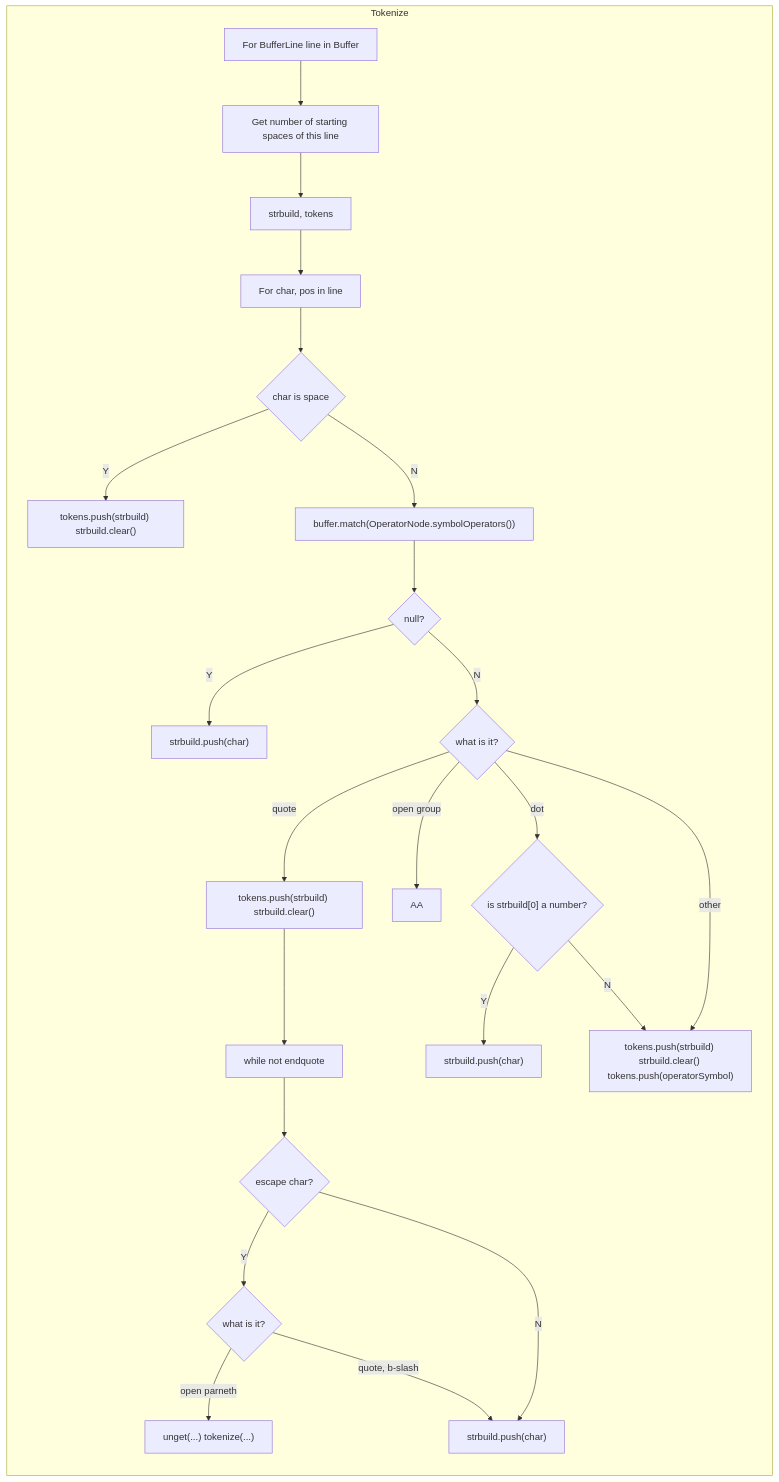
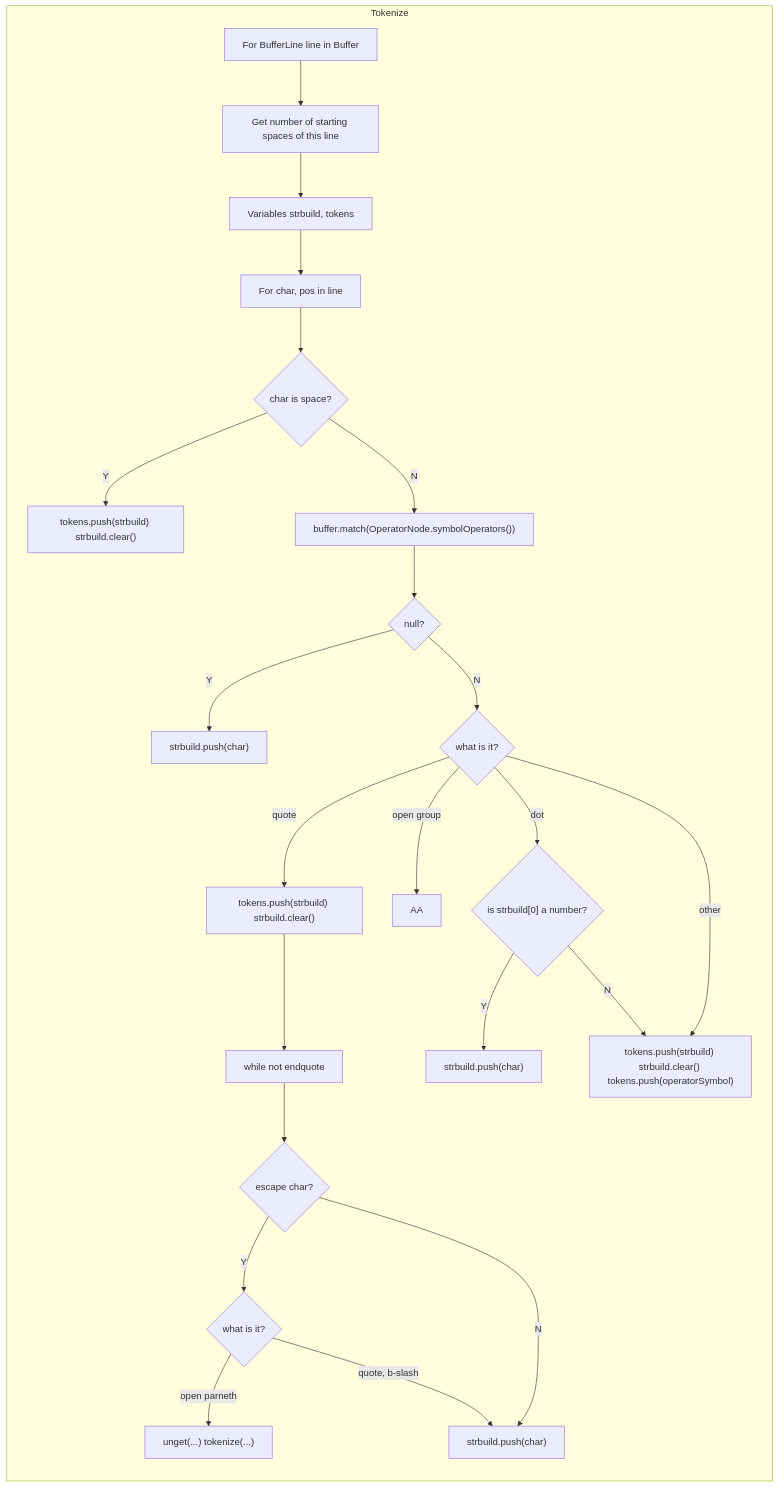
Before and after one commit to Jzhyang1/Monomer: the eighth of 8 diagrams in Implementation.md, drawn with Mermaid. The commit also changed other lines of this file, not shown here.

Commit message:
Implementation.md updated from https://stackedit.io/

````diff
--- a/Implementation.md
+++ b/Implementation.md
@@ -257,26 +257,26 @@
 ```mermaid
 graph LR
 subgraph sg1["Tokenize"]
 	A[For BufferLine line in Buffer] --> B[Get number of starting spaces of this line]
-	 --> C[strbuild, tokens]
+	 --> C[Variables strbuild, tokens]
 	 --> D[For char, pos in line] 
-	 --> E{char is space}
+	 --> E{char is space?}
 	E -- Y --> Y["tokens.push(strbuild) strbuild.clear()"]
 	E -- N --> F["buffer.match(OperatorNode.symbolOperators())"]
 	F --> G{null?}
 	G -- Y --> H["strbuild.push(char)"]
 	G -- N --> Z{what is it?}
 	Z -- quote --> J["tokens.push(strbuild) strbuild.clear()"]
 	J --> P[while not endquote] 
 	P --> Q{escape char?}
 	Q -- Y --> R{what is it?}
 	R -- "open parneth" --> T["unget(...) tokenize(...)"]
 	R -- "quote, b-slash" --> S
 	Q -- N --> S["strbuild.push(char)"]
 	Z -- "open group" --> AA
 	Z -- dot --> K{"is strbuild[0] a number?"}
 	K -- Y --> L["strbuild.push(char)"]
 	K -- N --> I
 	Z -- other --> I["tokens.push(strbuild) strbuild.clear() tokens.push(operatorSymbol)"]
 end
 ```
````
